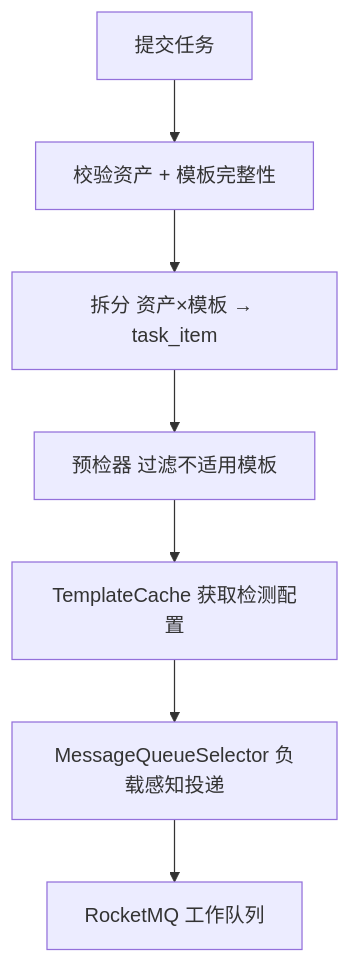
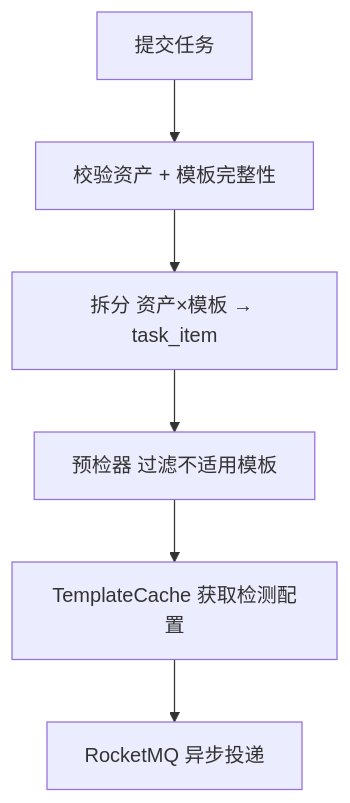
Before and after one commit to spojchil/hawkeye-cloud: the second of 2 diagrams in docs/模块06-任务调度服务.md, drawn with Mermaid. The commit also changed other lines of this file and 128 other files, not shown here.

````diff
--- a/docs/模块06-任务调度服务.md
+++ b/docs/模块06-任务调度服务.md
@@ -83,9 +83,8 @@
 ```mermaid
 graph TD
     Submit[提交任务] --> Validate[校验资产 + 模板完整性]
     Validate --> Split[拆分 资产×模板 → task_item]
     Split --> PreCheck[预检器 过滤不适用模板]
     PreCheck --> Cache[TemplateCache 获取检测配置]
-    Cache --> Selector[MessageQueueSelector 负载感知投递]
-    Selector --> RMQ[RocketMQ 工作队列]
+    Cache --> MQ[RocketMQ 异步投递]
 ```
````
